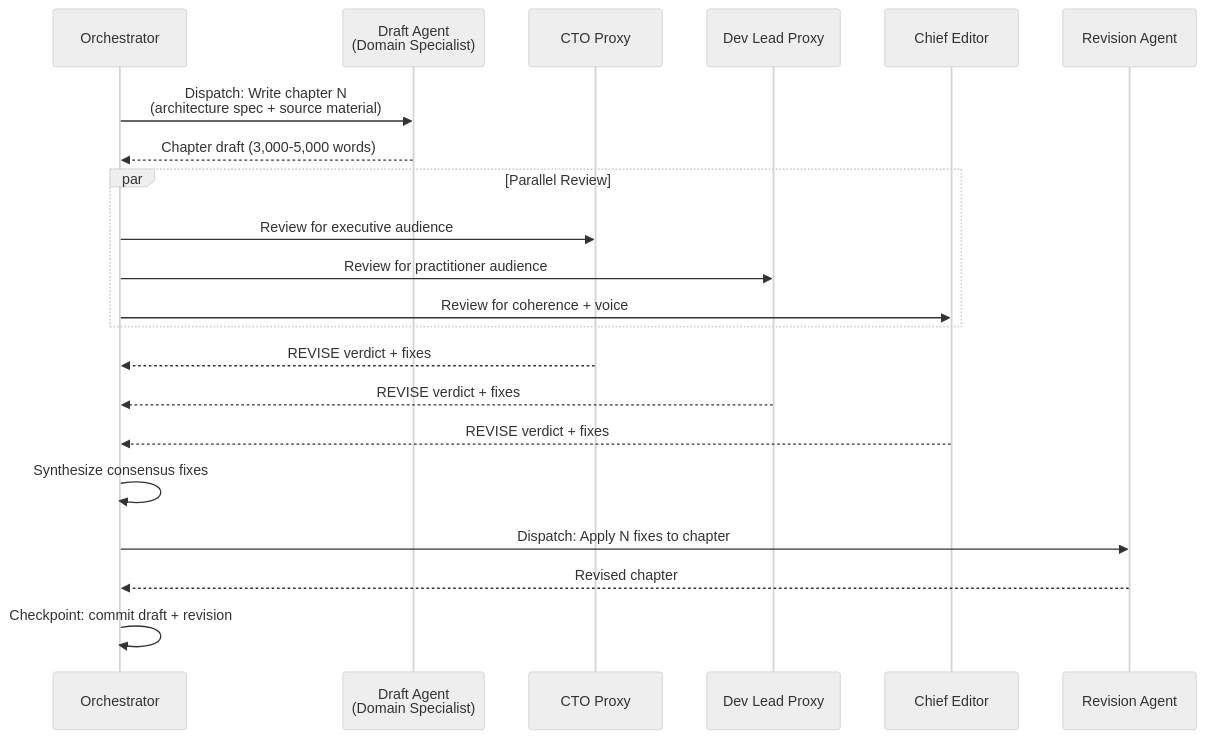
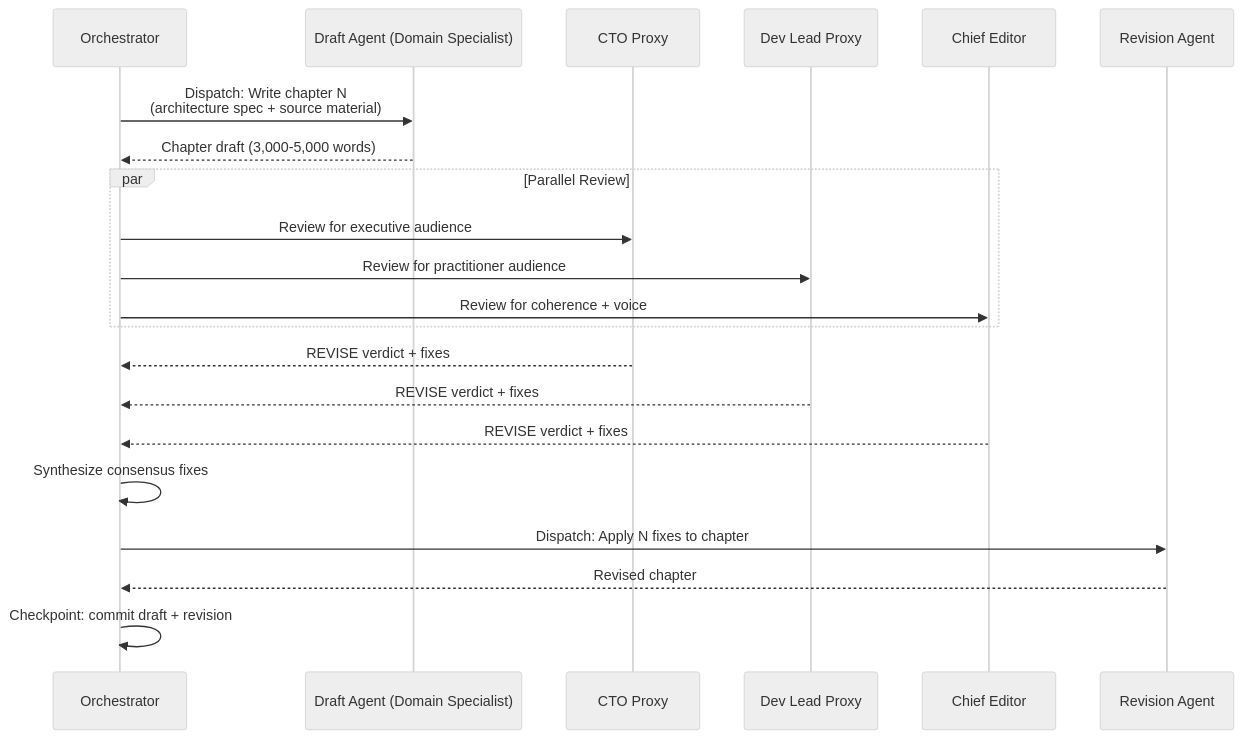
The third of 4 diagrams in case-study-handbook-writing.qmd (danielmeppiel/agentic-sdlc-handbook), drawn with Mermaid (neutral theme) before and after one commit. The commit also changed other lines of this file and 2 other files, not shown here.

First line of the commit message:
fix: mermaid syntax — remove unescaped quotes in node labels, br in participant

````diff
--- a/case-study-handbook-writing.qmd
+++ b/case-study-handbook-writing.qmd
@@ -126,28 +126,28 @@
 ```{mermaid}
 %%| fig-width: 4.5
 sequenceDiagram
     participant O as Orchestrator
-    participant D as Draft Agent<br/>(Domain Specialist)
+    participant D as Draft Agent (Domain Specialist)
     participant R1 as CTO Proxy
     participant R2 as Dev Lead Proxy
     participant R3 as Chief Editor
     participant V as Revision Agent
 
     O->>D: Dispatch: Write chapter N<br/>(architecture spec + source material)
     D-->>O: Chapter draft (3,000-5,000 words)
 
     par Parallel Review
         O->>R1: Review for executive audience
         O->>R2: Review for practitioner audience
         O->>R3: Review for coherence + voice
     end
 
     R1-->>O: REVISE verdict + fixes
     R2-->>O: REVISE verdict + fixes
     R3-->>O: REVISE verdict + fixes
 
     O->>O: Synthesize consensus fixes
     O->>V: Dispatch: Apply N fixes to chapter
     V-->>O: Revised chapter
     O->>O: Checkpoint: commit draft + revision
 ```
````
